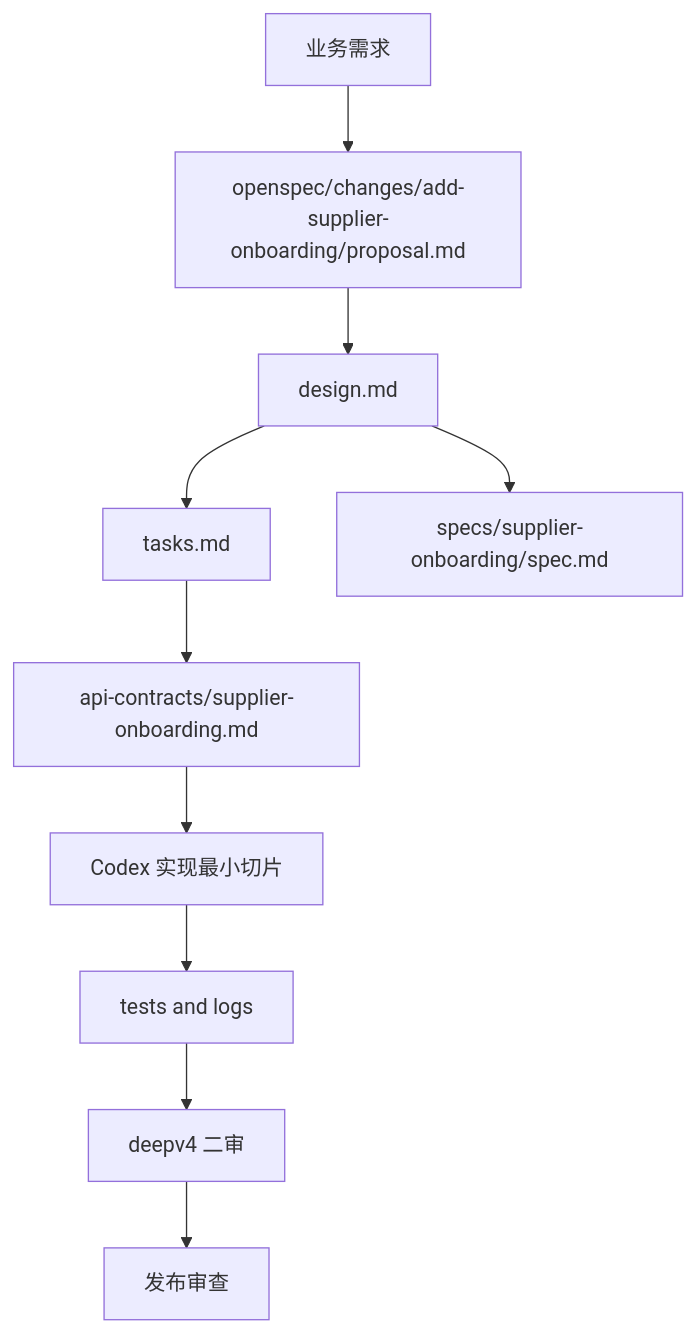
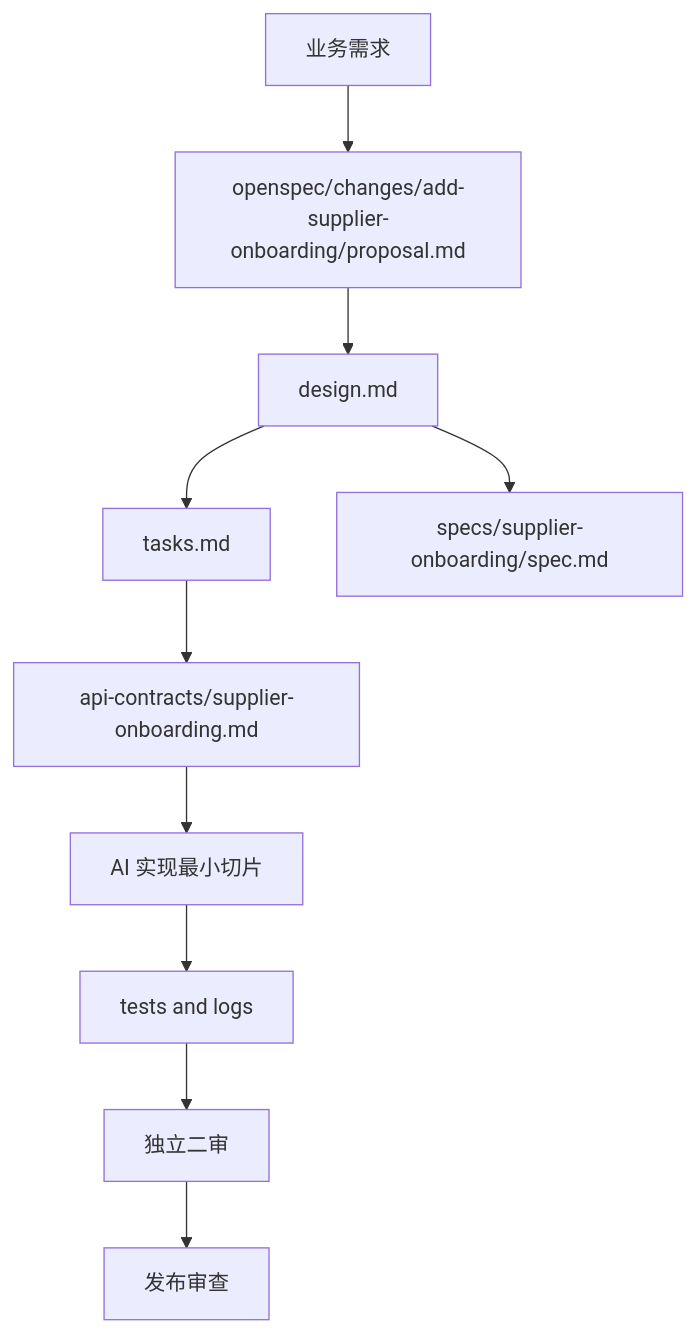
One commit to BrightLiu4917/ai-coding-fun changed the diagram in control/examples/supplier-onboarding/README.md. Above: the diagram before and after it, drawn with Mermaid. The commit also changed other lines of this file and 160 other files, not shown here.

````diff
--- a/control/examples/supplier-onboarding/README.md
+++ b/control/examples/supplier-onboarding/README.md
@@ -9,12 +9,12 @@
 ```mermaid
 flowchart TD
   A["业务需求"] --> B["openspec/changes/add-supplier-onboarding/proposal.md"]
   B --> C["design.md"]
   C --> D["tasks.md"]
   C --> E["specs/supplier-onboarding/spec.md"]
   D --> F["api-contracts/supplier-onboarding.md"]
-  F --> G["Codex 实现最小切片"]
+  F --> G["AI 实现最小切片"]
   G --> H["tests and logs"]
-  H --> I["deepv4 二审"]
+  H --> I["独立二审"]
   I --> J["发布审查"]
 ```
````
